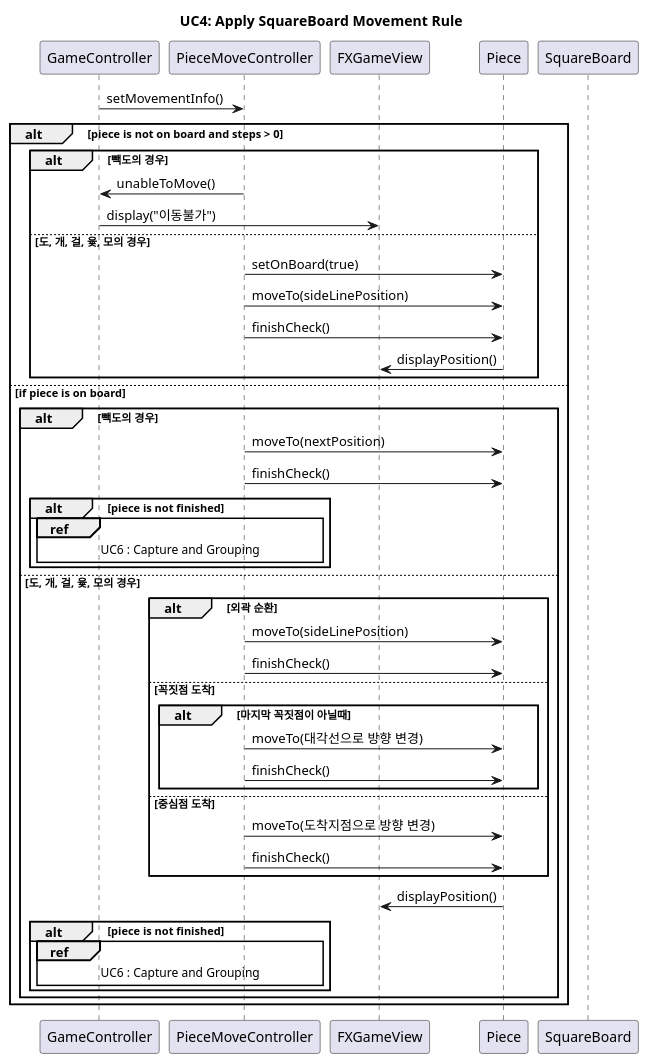
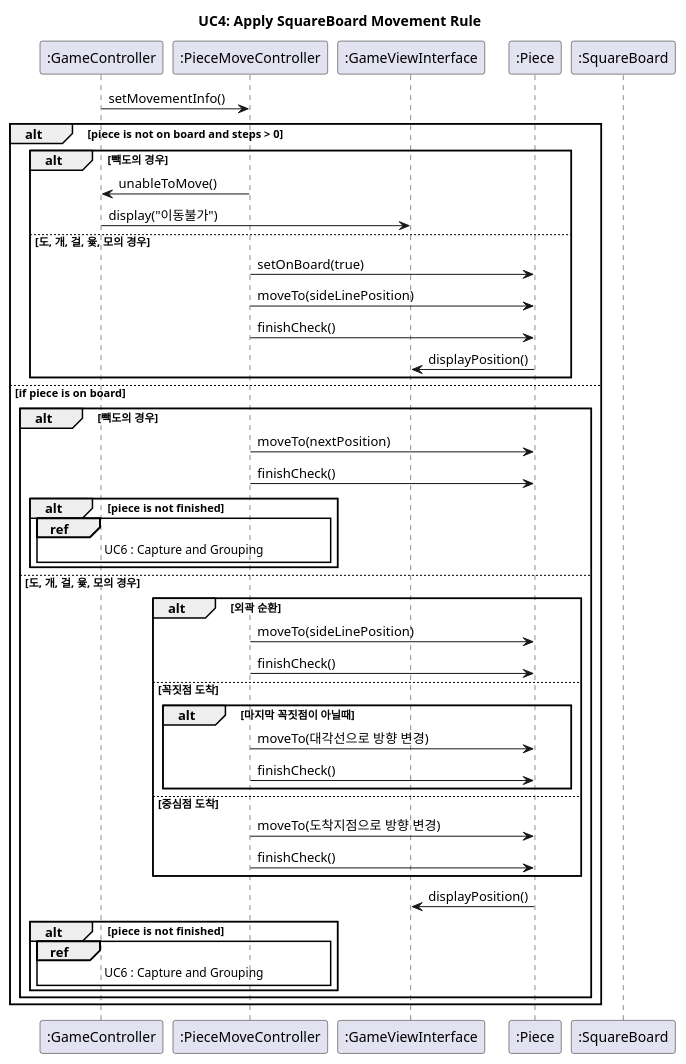
The diagram in UC4.puml (jack0928/SE-Term-Project-2025), drawn with PlantUML before and after one commit. The commit also changed 11 other files, not shown here.

Commit message:
docs: sequence diagram minor changed fixed and annotations have been added

```diff
--- a/UC4.puml
+++ b/UC4.puml
@@ -1,56 +1,58 @@
 @startuml
 title UC4: Apply SquareBoard Movement Rule
 
 
-participant GameController
-participant PieceMoveController
-participant FXGameView
-participant Piece
-participant SquareBoard
+participant ":GameController" as GameController
+participant ":PieceMoveController" as PieceMoveController
+participant ":GameViewInterface" as GameViewInterface
+participant ":Piece" as Piece
+participant ":SquareBoard" as SquareBoard
+
+' SquareBoard라고 해서 딱히 쓰이지 않음. Centre node가 복수적으로 사용되는 경우가 있으므로 그걸 고려하는게 좋을 수도 있음.
 
 GameController -> PieceMoveController : setMovementInfo()
 
 
 alt piece is not on board and steps > 0
 	alt 빽도의 경우
     	PieceMoveController -> GameController : unableToMove()
-    	GameController -> FXGameView : display("이동불가")
+    	GameController -> GameViewInterface : display("이동불가")
     else 도, 개, 걸, 윷, 모의 경우
     	PieceMoveController -> Piece : setOnBoard(true)
         PieceMoveController -> Piece : moveTo(sideLinePosition)
         PieceMoveController -> Piece : finishCheck()
-        Piece -> FXGameView : displayPosition()
+        Piece -> GameViewInterface : displayPosition()
     end alt
 
 else if piece is on board
     alt 빽도의 경우
             PieceMoveController -> Piece : moveTo(nextPosition)
             PieceMoveController -> Piece : finishCheck()
             alt piece is not finished
                 ref over GameController, PieceMoveController
                 	UC6 : Capture and Grouping
                 end ref
             end alt
     else 도, 개, 걸, 윷, 모의 경우
     	alt 외곽 순환
         	PieceMoveController -> Piece : moveTo(sideLinePosition)
         	PieceMoveController -> Piece : finishCheck()
         else 꼭짓점 도착
         	alt 마지막 꼭짓점이 아닐때
         		PieceMoveController -> Piece : moveTo(대각선으로 방향 변경)
         		PieceMoveController -> Piece : finishCheck()
         	end alt
        	else 중심점 도착
        		PieceMoveController -> Piece : moveTo(도착지점으로 방향 변경)
        		PieceMoveController -> Piece : finishCheck()
         end alt
-        Piece -> FXGameView : displayPosition()
+        Piece -> GameViewInterface : displayPosition()
         alt piece is not finished
             ref over GameController, PieceMoveController
             	UC6 : Capture and Grouping
             end ref
         end
     end
 end
 
 @enduml
```
